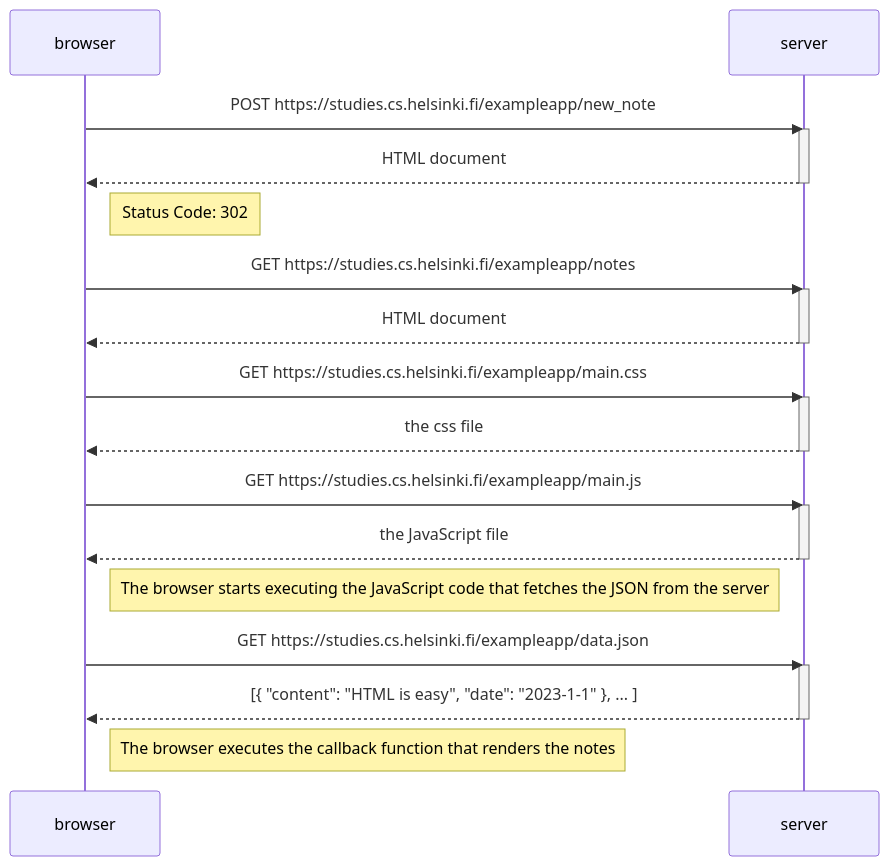
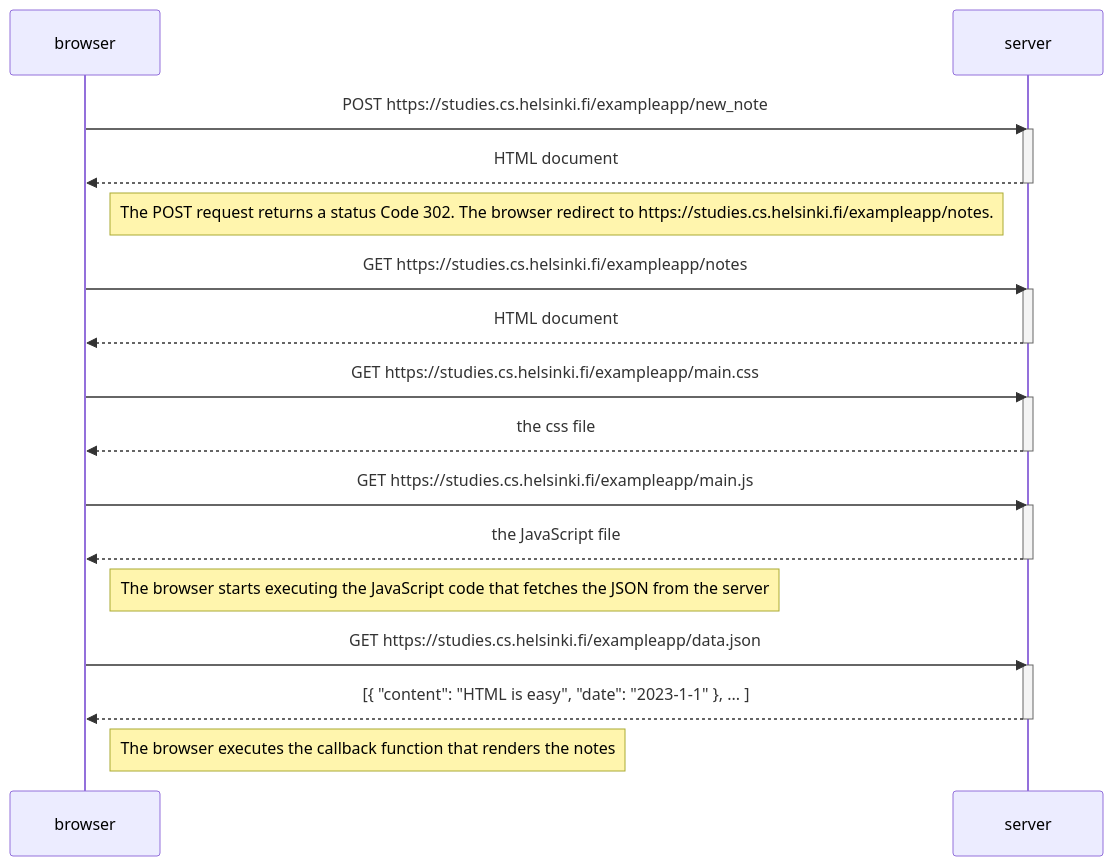
Before and after one commit to AkseliManninen/Full-Stack-Open: the diagram in 0sa-0/0.4.md, drawn with Mermaid.

````diff
--- a/0sa-0/0.4.md
+++ b/0sa-0/0.4.md
@@ -1,37 +1,37 @@
 ```mermaid
 sequenceDiagram
     participant browser
     participant server
     
     browser->>server: POST https://studies.cs.helsinki.fi/exampleapp/new_note
     activate server
     server-->>browser: HTML document
     deactivate server
     
-    Note right of browser: Status Code: 302
+    Note right of browser: The POST request returns a status Code 302. The browser redirect to https://studies.cs.helsinki.fi/exampleapp/notes.
     
     browser->>server: GET https://studies.cs.helsinki.fi/exampleapp/notes
     activate server
     server-->>browser: HTML document
     deactivate server
     
     browser->>server: GET https://studies.cs.helsinki.fi/exampleapp/main.css
     activate server
     server-->>browser: the css file
     deactivate server
     
     browser->>server: GET https://studies.cs.helsinki.fi/exampleapp/main.js
     activate server
     server-->>browser: the JavaScript file
     deactivate server
     
     Note right of browser: The browser starts executing the JavaScript code that fetches the JSON from the server
     
     browser->>server: GET https://studies.cs.helsinki.fi/exampleapp/data.json
     activate server
     server-->>browser: [{ "content": "HTML is easy", "date": "2023-1-1" }, ... ]
     deactivate server    
 
     Note right of browser: The browser executes the callback function that renders the notes 
 
  ```
````
